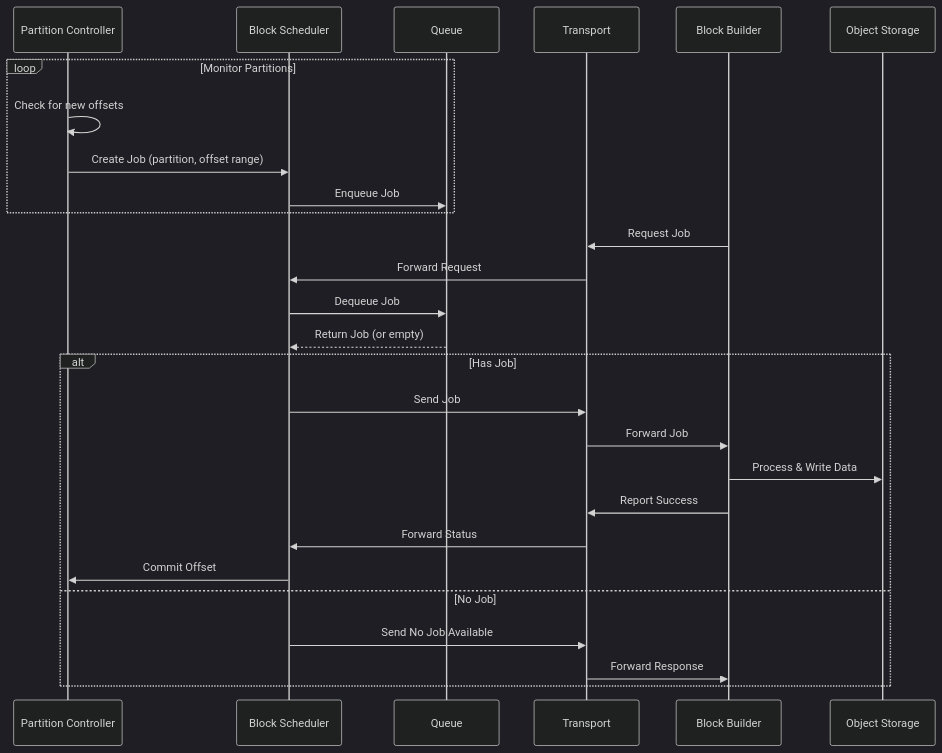
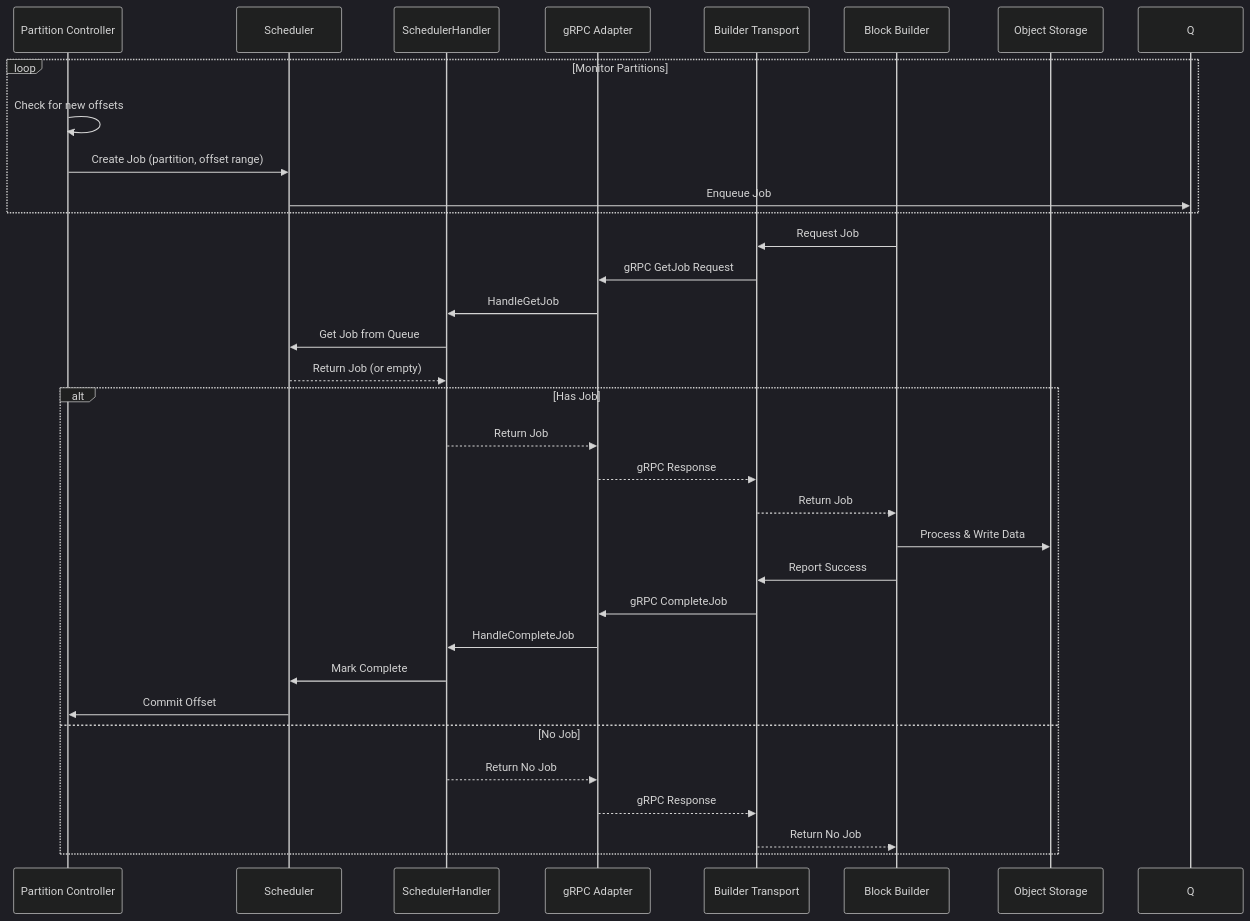
Before and after one commit to grafana/loki: the second of 2 diagrams in pkg/blockbuilder/architecture.md, drawn with Mermaid (dark theme). The commit also changed other lines of this file and 10 other files, not shown here.

Commit message:
splits the blockbuilder transport into 2: a transport for the builder side and a grpc adapter for the scheduler side

````diff
--- a/pkg/blockbuilder/architecture.md
+++ b/pkg/blockbuilder/architecture.md
@@ -73,31 +85,38 @@
 ```mermaid
 sequenceDiagram
     participant PC as Partition Controller
-    participant S as Block Scheduler
-    participant Q as Queue
-    participant T as Transport
+    participant S as Scheduler
+    participant SH as SchedulerHandler
+    participant GA as gRPC Adapter
+    participant BT as Builder Transport
     participant BB as Block Builder
     participant OS as Object Storage
 
     loop Monitor Partitions
         PC->>PC: Check for new offsets
         PC->>S: Create Job (partition, offset range)
         S->>Q: Enqueue Job
     end
 
-    BB->>T: Request Job
-    T->>S: Forward Request
-    S->>Q: Dequeue Job
-    Q-->>S: Return Job (or empty)
+    BB->>BT: Request Job
+    BT->>GA: gRPC GetJob Request
+    GA->>SH: HandleGetJob
+    SH->>S: Get Job from Queue
+    S-->>SH: Return Job (or empty)
+    
     alt Has Job
-        S->>T: Send Job
-        T->>BB: Forward Job
+        SH-->>GA: Return Job
+        GA-->>BT: gRPC Response
+        BT-->>BB: Return Job
         BB->>OS: Process & Write Data
-        BB->>T: Report Success
-        T->>S: Forward Status
+        BB->>BT: Report Success
+        BT->>GA: gRPC CompleteJob
+        GA->>SH: HandleCompleteJob
+        SH->>S: Mark Complete
         S->>PC: Commit Offset
     else No Job
-        S->>T: Send No Job Available
-        T->>BB: Forward Response
+        SH-->>GA: Return No Job
+        GA-->>BT: gRPC Response
+        BT-->>BB: Return No Job
     end
 ```
````
